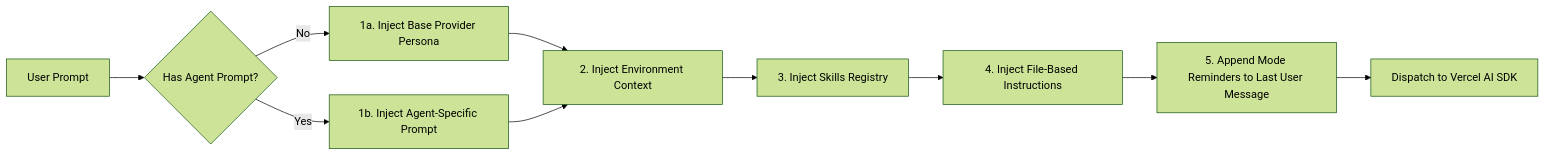
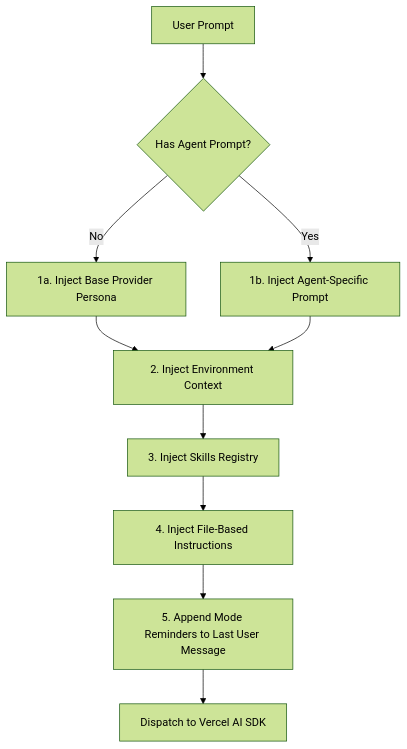
One commit to anomalyco/opencode changed the first of 2 diagrams in docs/architecture/01_prompt-and-context.md. Above: the diagram before and after it, drawn with Mermaid (forest theme). The commit also changed other lines of this file and 1 other file, not shown here.

First line of the commit message:
docs: refine mermaid styling and prompt composition formatting

````diff
--- a/docs/architecture/01_prompt-and-context.md
+++ b/docs/architecture/01_prompt-and-context.md
@@ -7,12 +7,12 @@
 ```mermaid
-flowchart LR
+flowchart TD
     Start[User Prompt] --> Check{Has Agent Prompt?}
     Check -- No --> Base[1a. Inject Base Provider Persona]
     Check -- Yes --> Agent[1b. Inject Agent-Specific Prompt]
     Base --> Env[2. Inject Environment Context]
     Agent --> Env
     Env --> Skills[3. Inject Skills Registry]
     Skills --> Files[4. Inject File-Based Instructions]
     Files --> Reminders[5. Append Mode Reminders to Last User Message]
     Reminders --> LLM[Dispatch to Vercel AI SDK]
 ```
````
